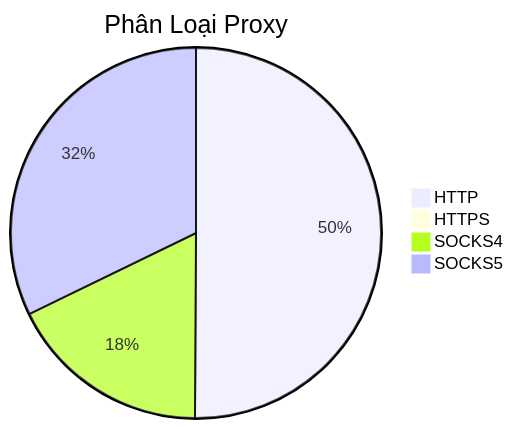
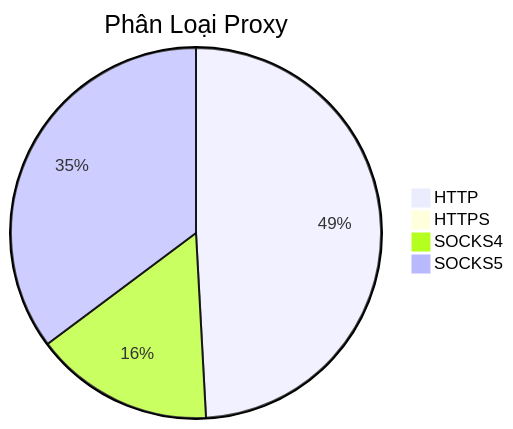
Before and after one commit to Ciara-12/PROXY-free: the diagram in README.md, drawn with Mermaid. The commit also changed other lines of this file and 4 other files, not shown here.

````diff
--- a/README.md
+++ b/README.md
@@ -26,7 +26,7 @@
 ```mermaid
 pie title Phân Loại Proxy
-    "HTTP" : 854
-    "HTTPS" : 0
-    "SOCKS4" : 302
-    "SOCKS5" : 549
+    "HTTP" : 967
+    "HTTPS" : 2
+    "SOCKS4" : 308
+    "SOCKS5" : 693
 ```
````
